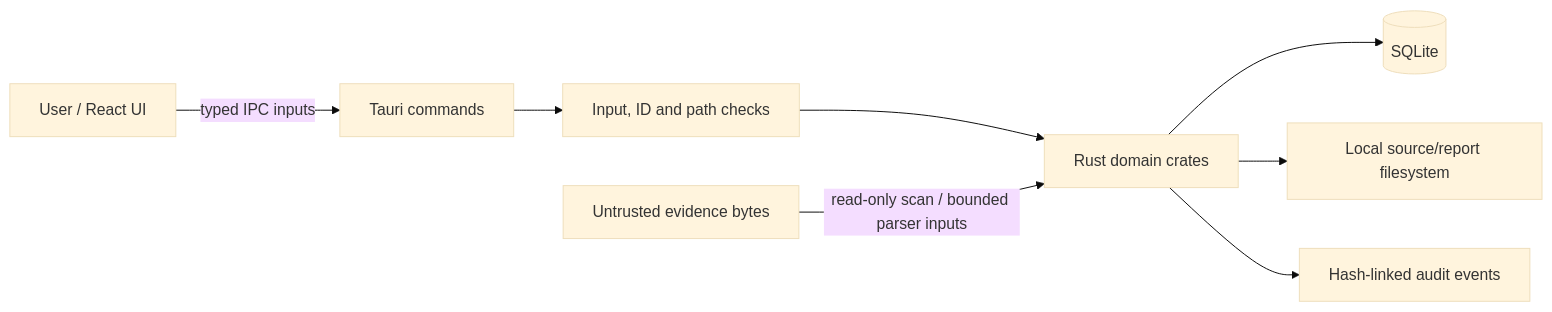
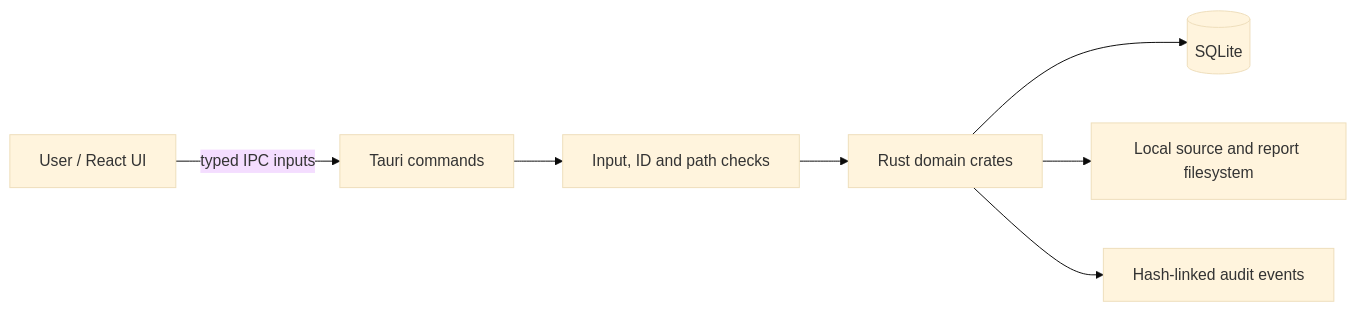
The diagram in docs/08_SECURITY_ARCHITECTURE.md (cyphric01-jpg/KRYVORA), drawn with Mermaid (base theme) before and after one commit. The commit also changed other lines of this file and 18 other files, not shown here.

````diff
--- a/docs/08_SECURITY_ARCHITECTURE.md
+++ b/docs/08_SECURITY_ARCHITECTURE.md
@@ -7,10 +7,9 @@
 ```mermaid
 flowchart LR
     U[User / React UI] -->|typed IPC inputs| T[Tauri commands]
     T --> V[Input, ID and path checks]
     V --> C[Rust domain crates]
     C --> DB[(SQLite)]
-    C --> FS[Local source/report filesystem]
+    C --> FS[Local source and report filesystem]
     C --> A[Hash-linked audit events]
-    X[Untrusted evidence bytes] -->|read-only scan / bounded parser inputs| C
 ```
````
